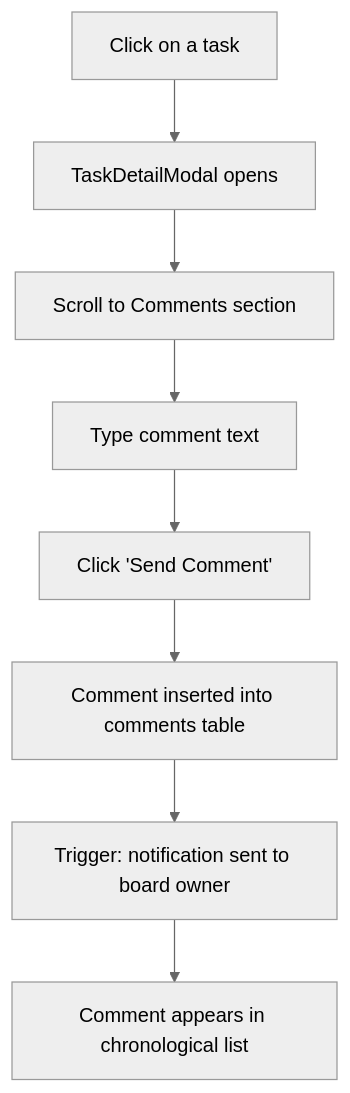
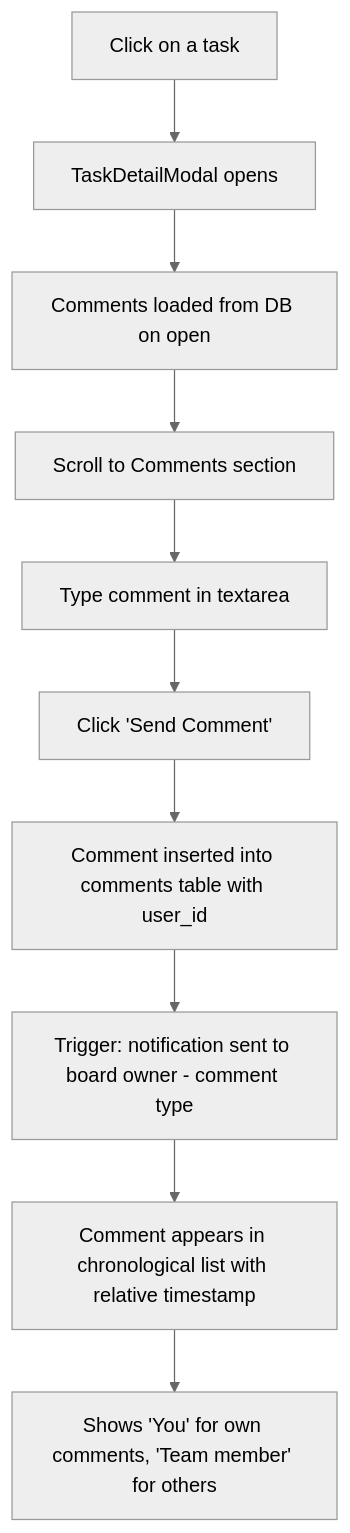
Diagram 18 of 31 in userflow.md (PrakritOjha/flowlink-tasks), drawn with Mermaid (neutral theme) before and after one commit. The commit also changed other lines of this file and 4 other files, not shown here.

First line of the commit message:
feat: Update user flow documentation with detailed steps for account creation, sign in, and board management

````diff
--- a/userflow.md
+++ b/userflow.md
@@ -174,10 +277,12 @@
 ```mermaid
 flowchart TD
     A[Click on a task] --> B[TaskDetailModal opens]
-    B --> C[Scroll to Comments section]
-    C --> D[Type comment text]
-    D --> E[Click 'Send Comment']
-    E --> F[Comment inserted into comments table]
-    F --> G[Trigger: notification sent to board owner]
-    G --> H[Comment appears in chronological list]
+    B --> C[Comments loaded from DB on open]
+    C --> D[Scroll to Comments section]
+    D --> E[Type comment in textarea]
+    E --> F[Click 'Send Comment']
+    F --> G[Comment inserted into comments table with user_id]
+    G --> H[Trigger: notification sent to board owner - comment type]
+    H --> I[Comment appears in chronological list with relative timestamp]
+    I --> J[Shows 'You' for own comments, 'Team member' for others]
 ```
````
